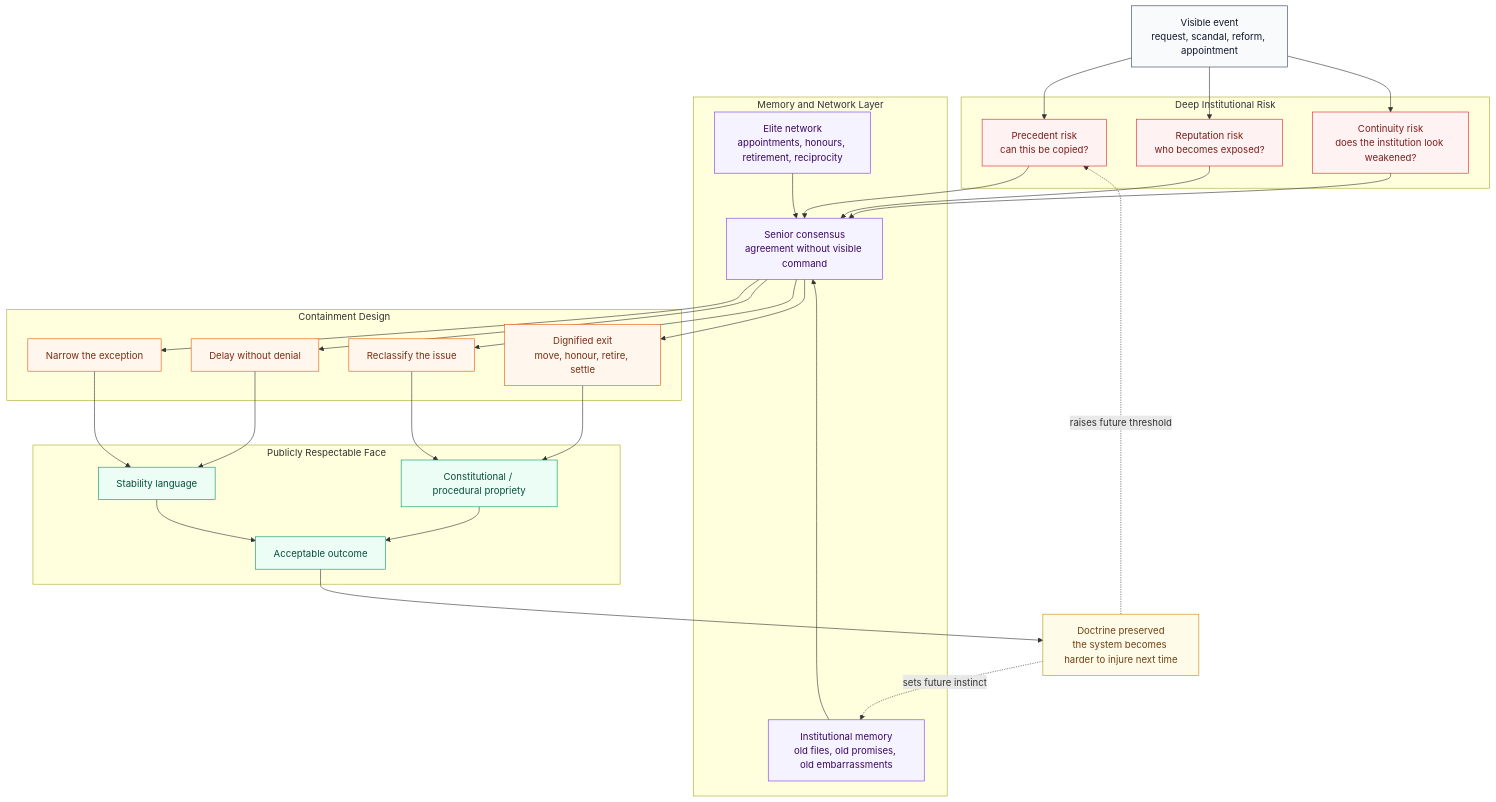
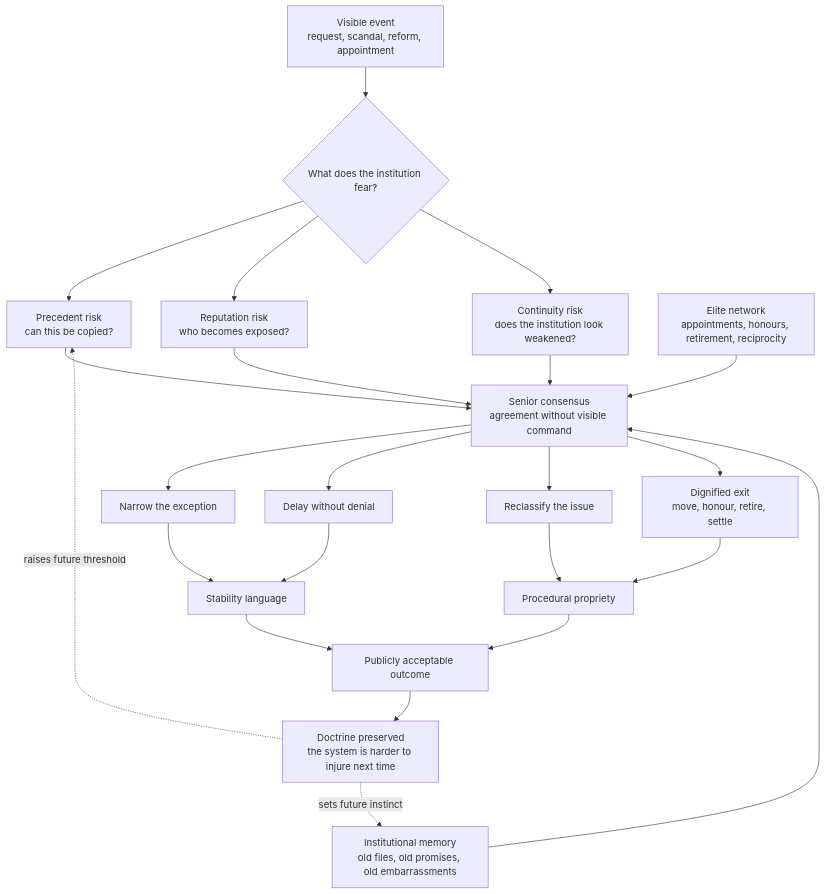
The fourth of 8 diagrams in README.md (Mingfius-Song/GCMG-ladder_to_apotheosis-skill), drawn with Mermaid before and after one commit. The commit also changed other lines of this file, not shown here.

Commit message:
Simplify internal architecture diagrams

````diff
--- a/README.md
+++ b/README.md
@@ -221,60 +198,32 @@
 ```mermaid
-flowchart TB
-    Event["Visible event<br/>request, scandal, reform, appointment"]:::input
+flowchart TD
+    E["Visible event<br/>request, scandal, reform, appointment"] --> RISK{"What does the institution fear?"}
 
-    subgraph Risk["Deep Institutional Risk"]
-        Precedent["Precedent risk<br/>can this be copied?"]:::risk
-        Reputation["Reputation risk<br/>who becomes exposed?"]:::risk
-        Continuity["Continuity risk<br/>does the institution look weakened?"]:::risk
-    end
+    RISK --> P0["Precedent risk<br/>can this be copied?"]
+    RISK --> R0["Reputation risk<br/>who becomes exposed?"]
+    RISK --> C0["Continuity risk<br/>does the institution look weakened?"]
 
-    subgraph MemoryNet["Memory and Network Layer"]
-        Memory["Institutional memory<br/>old files, old promises, old embarrassments"]:::memory
-        Network["Elite network<br/>appointments, honours, retirement, reciprocity"]:::memory
-        Consensus["Senior consensus<br/>agreement without visible command"]:::memory
-    end
+    P0 --> SC["Senior consensus<br/>agreement without visible command"]
+    R0 --> SC
+    C0 --> SC
 
-    subgraph Containment["Containment Design"]
-        Narrowing["Narrow the exception"]:::contain
-        Delay["Delay without denial"]:::contain
-        Reclassify["Reclassify the issue"]:::contain
-        DignifiedExit["Dignified exit<br/>move, honour, retire, settle"]:::contain
-    end
+    MEM["Institutional memory<br/>old files, old promises, old embarrassments"] --> SC
+    NET["Elite network<br/>appointments, honours, retirement, reciprocity"] --> SC
 
-    subgraph PublicFace["Publicly Respectable Face"]
-        Stability["Stability language"]:::public
-        Propriety["Constitutional / procedural propriety"]:::public
-        Outcome["Acceptable outcome"]:::public
-    end
+    SC --> N["Narrow the exception"]
+    SC --> DL["Delay without denial"]
+    SC --> RC["Reclassify the issue"]
+    SC --> DE["Dignified exit<br/>move, honour, retire, settle"]
 
-    Doctrine["Doctrine preserved<br/>the system becomes harder to injure next time"]:::doctrine
+    N --> ST["Stability language"]
+    DL --> ST
+    RC --> PP["Procedural propriety"]
+    DE --> PP
 
-    Event --> Precedent
-    Event --> Reputation
-    Event --> Continuity
-    Precedent --> Consensus
-    Reputation --> Consensus
-    Continuity --> Consensus
-    Memory --> Consensus
-    Network --> Consensus
-    Consensus --> Narrowing
-    Consensus --> Delay
-    Consensus --> Reclassify
-    Consensus --> DignifiedExit
-    Narrowing --> Stability
-    Delay --> Stability
-    Reclassify --> Propriety
-    DignifiedExit --> Propriety
-    Stability --> Outcome
-    Propriety --> Outcome
-    Outcome --> Doctrine
-    Doctrine -.sets future instinct.-> Memory
-    Doctrine -.raises future threshold.-> Precedent
+    ST --> OUT["Publicly acceptable outcome"]
+    PP --> OUT
+    OUT --> DOC["Doctrine preserved<br/>the system is harder to injure next time"]
 
-    classDef input fill:#f8fafc,stroke:#334155,stroke-width:1px,color:#0f172a
-    classDef risk fill:#fef2f2,stroke:#dc2626,stroke-width:1px,color:#7f1d1d
-    classDef memory fill:#f5f3ff,stroke:#7c3aed,stroke-width:1px,color:#3b0764
-    classDef contain fill:#fff7ed,stroke:#ea580c,stroke-width:1px,color:#7c2d12
-    classDef public fill:#ecfdf5,stroke:#059669,stroke-width:1px,color:#064e3b
-    classDef doctrine fill:#fefce8,stroke:#ca8a04,stroke-width:1px,color:#713f12
+    DOC -.sets future instinct.-> MEM
+    DOC -.raises future threshold.-> P0
 ```
````
